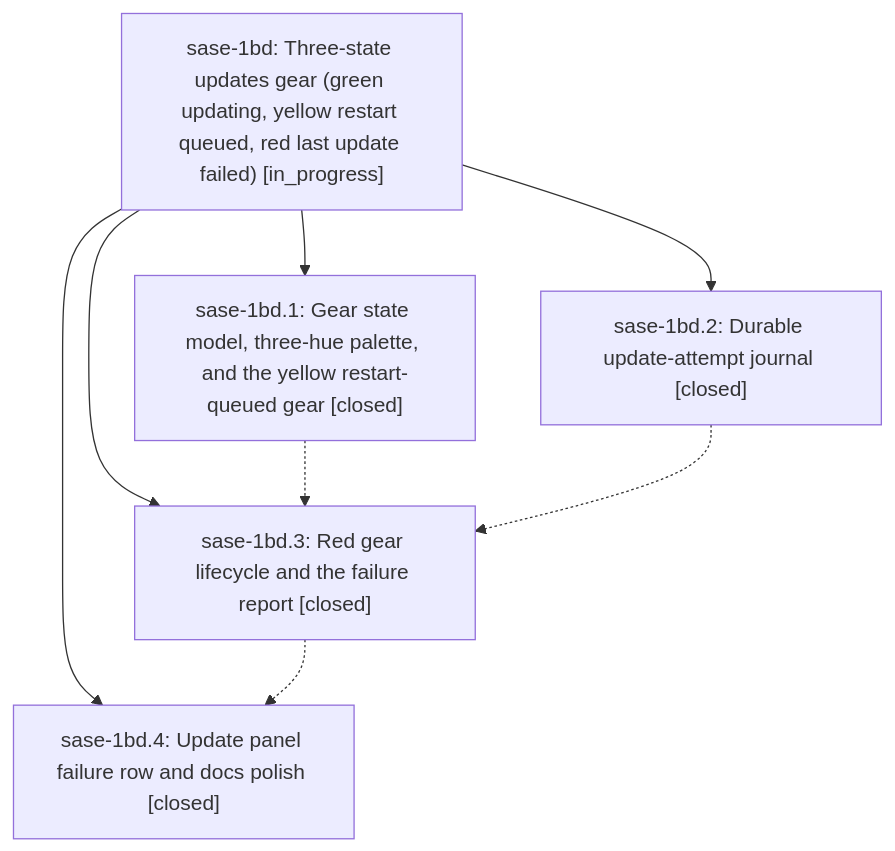
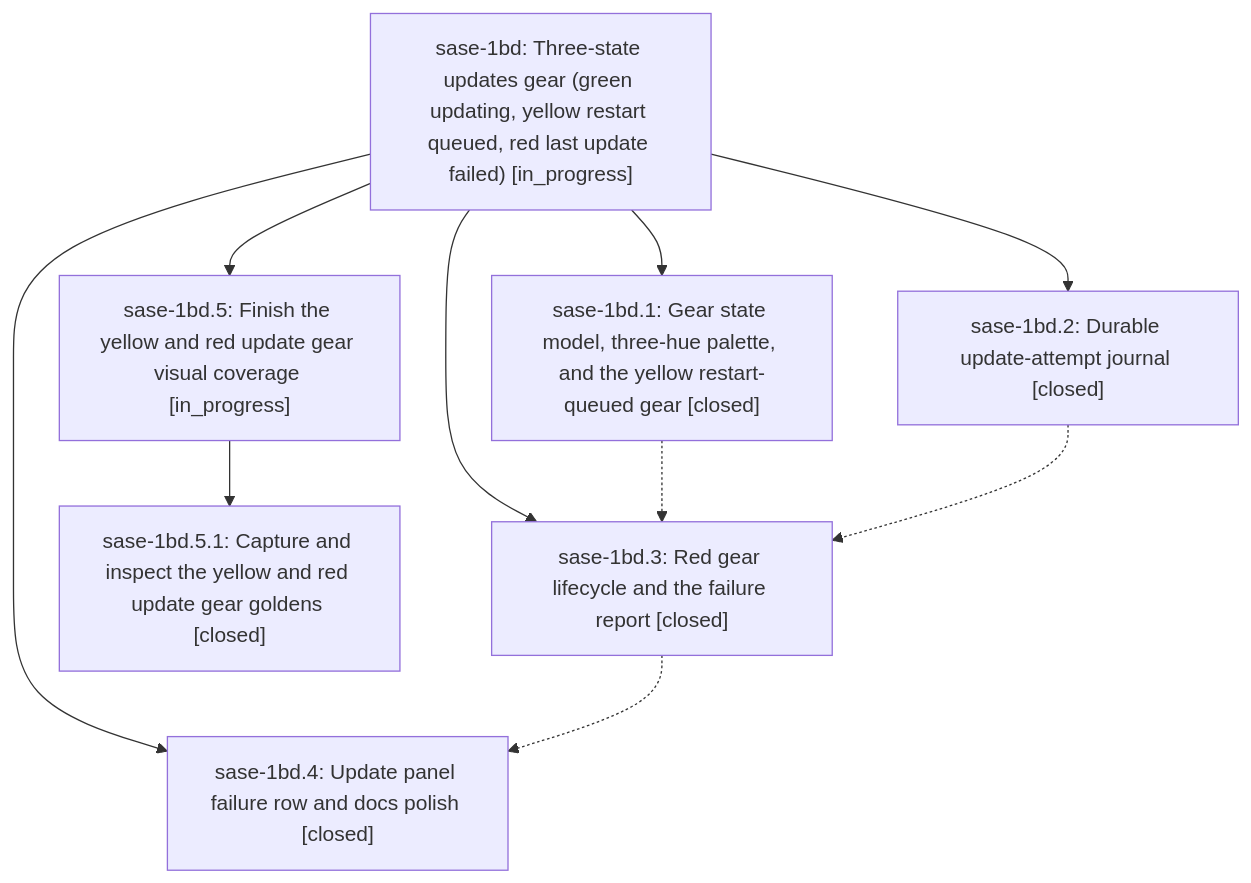
The diagram in pages/sase-1bd/README.md (sase-org/sase--beads), drawn with Mermaid before and after one commit. The commit also changed other lines of this file and 3 other files, not shown here.

````diff
--- a/pages/sase-1bd/README.md
+++ b/pages/sase-1bd/README.md
@@ -37,15 +43,19 @@
 ```mermaid
 flowchart TD
     n0["sase-1bd: Three-state updates gear (green updating, yellow restart queued, red last update failed) [in_progress]"]
     n1["sase-1bd.1: Gear state model, three-hue palette, and the yellow restart-queued gear [closed]"]
     n2["sase-1bd.2: Durable update-attempt journal [closed]"]
     n3["sase-1bd.3: Red gear lifecycle and the failure report [closed]"]
     n4["sase-1bd.4: Update panel failure row and docs polish [closed]"]
+    n5["sase-1bd.5: Finish the yellow and red update gear visual coverage [in_progress]"]
+    n6["sase-1bd.5.1: Capture and inspect the yellow and red update gear goldens [closed]"]
     n0 --> n1
     n0 --> n2
     n0 --> n3
     n0 --> n4
+    n0 --> n5
+    n5 --> n6
     n1 -.-> n3
     n2 -.-> n3
     n3 -.-> n4
 ```
````
